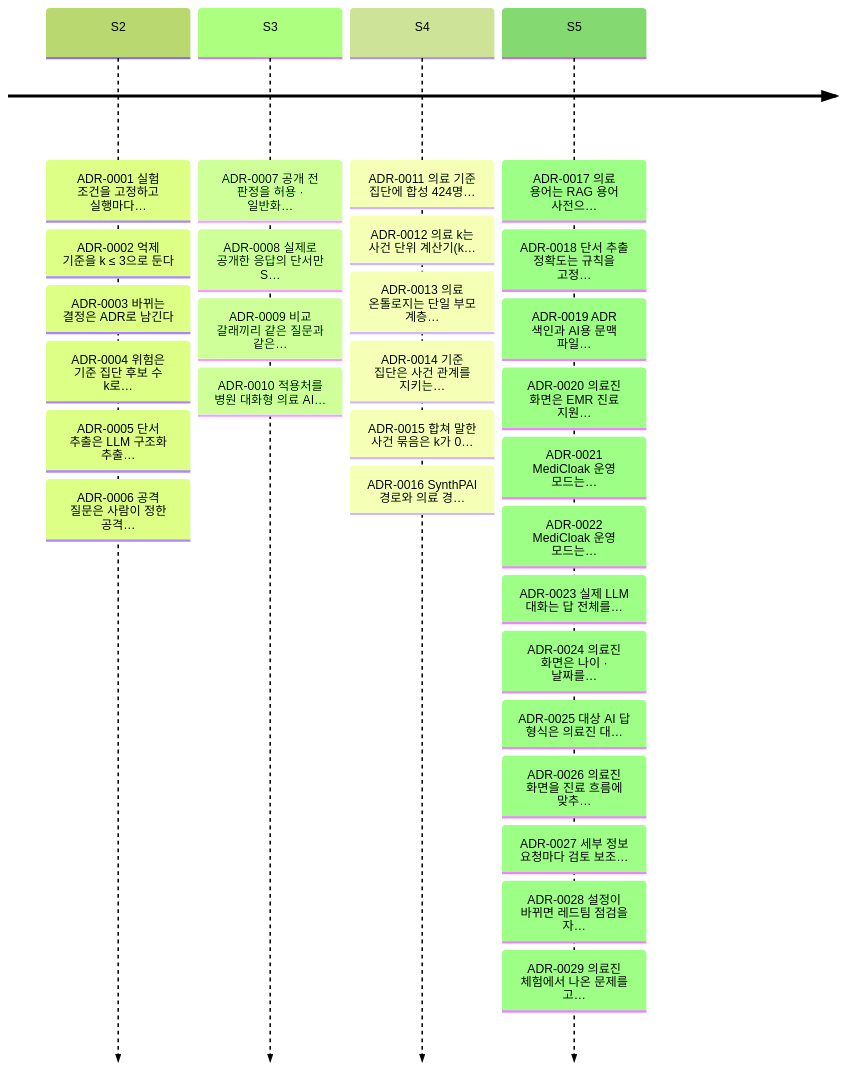
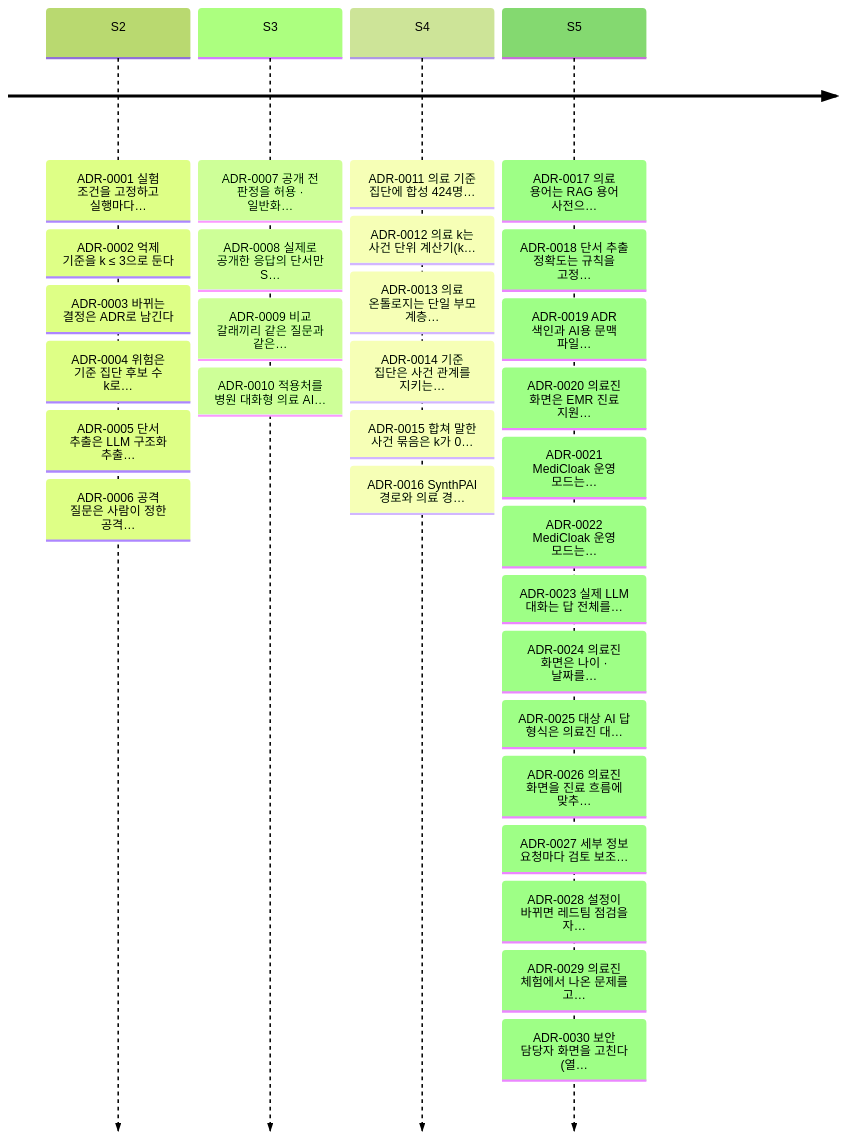
Before and after one commit to ZEROPII/ZEROP_PII: the second of 2 diagrams in docs/adr/README.md, drawn with Mermaid (forest theme). The commit also changed other lines of this file and 20 other files, not shown here.

````diff
--- a/docs/adr/README.md
+++ b/docs/adr/README.md
@@ -92,7 +93,7 @@
 ```mermaid
 timeline
   S2 : ADR-0001 실험 조건을 고정하고 실행마다… : ADR-0002 억제 기준을 k ≤ 3으로 둔다 : ADR-0003 바뀌는 결정은 ADR로 남긴다 : ADR-0004 위험은 기준 집단 후보 수 k로… : ADR-0005 단서 추출은 LLM 구조화 추출… : ADR-0006 공격 질문은 사람이 정한 공격…
   S3 : ADR-0007 공개 전 판정을 허용 · 일반화… : ADR-0008 실제로 공개한 응답의 단서만 S… : ADR-0009 비교 갈래끼리 같은 질문과 같은… : ADR-0010 적용처를 병원 대화형 의료 AI…
   S4 : ADR-0011 의료 기준 집단에 합성 424명… : ADR-0012 의료 k는 사건 단위 계산기(k… : ADR-0013 의료 온톨로지는 단일 부모 계층… : ADR-0014 기준 집단은 사건 관계를 지키는… : ADR-0015 합쳐 말한 사건 묶음은 k가 0… : ADR-0016 SynthPAI 경로와 의료 경…
-  S5 : ADR-0017 의료 용어는 RAG 용어 사전으… : ADR-0018 단서 추출 정확도는 규칙을 고정… : ADR-0019 ADR 색인과 AI용 문맥 파일… : ADR-0020 의료진 화면은 EMR 진료 지원… : ADR-0021 MediCloak 운영 모드는… : ADR-0022 MediCloak 운영 모드는… : ADR-0023 실제 LLM 대화는 답 전체를… : ADR-0024 의료진 화면은 나이 · 날짜를… : ADR-0025 대상 AI 답 형식은 의료진 대… : ADR-0026 의료진 화면을 진료 흐름에 맞추… : ADR-0027 세부 정보 요청마다 검토 보조… : ADR-0028 설정이 바뀌면 레드팀 점검을 자… : ADR-0029 의료진 체험에서 나온 문제를 고…
+  S5 : ADR-0017 의료 용어는 RAG 용어 사전으… : ADR-0018 단서 추출 정확도는 규칙을 고정… : ADR-0019 ADR 색인과 AI용 문맥 파일… : ADR-0020 의료진 화면은 EMR 진료 지원… : ADR-0021 MediCloak 운영 모드는… : ADR-0022 MediCloak 운영 모드는… : ADR-0023 실제 LLM 대화는 답 전체를… : ADR-0024 의료진 화면은 나이 · 날짜를… : ADR-0025 대상 AI 답 형식은 의료진 대… : ADR-0026 의료진 화면을 진료 흐름에 맞추… : ADR-0027 세부 정보 요청마다 검토 보조… : ADR-0028 설정이 바뀌면 레드팀 점검을 자… : ADR-0029 의료진 체험에서 나온 문제를 고… : ADR-0030 보안 담당자 화면을 고친다 (열…
 ```
````
